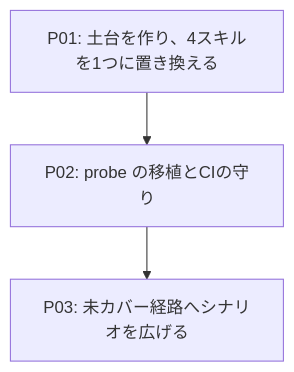
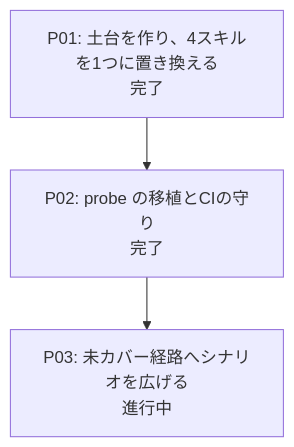
One commit to mochimochiki/mdait changed the diagram in docs/roadmaps/roadmap-v02_lab-consolidation.md. Above: the diagram before and after it, drawn with Mermaid. The commit also changed other lines of this file, not shown here.

````diff
--- a/docs/roadmaps/roadmap-v02_lab-consolidation.md
+++ b/docs/roadmaps/roadmap-v02_lab-consolidation.md
@@ -35,5 +35,5 @@
 ```mermaid
 graph TD
-P01[P01: 土台を作り、4スキルを1つに置き換える] --> P02[P02: probe の移植とCIの守り]
-P02 --> P03[P03: 未カバー経路へシナリオを広げる]
+P01[P01: 土台を作り、4スキルを1つに置き換える<br/>完了] --> P02[P02: probe の移植とCIの守り<br/>完了]
+P02 --> P03[P03: 未カバー経路へシナリオを広げる<br/>進行中]
 ```
````
